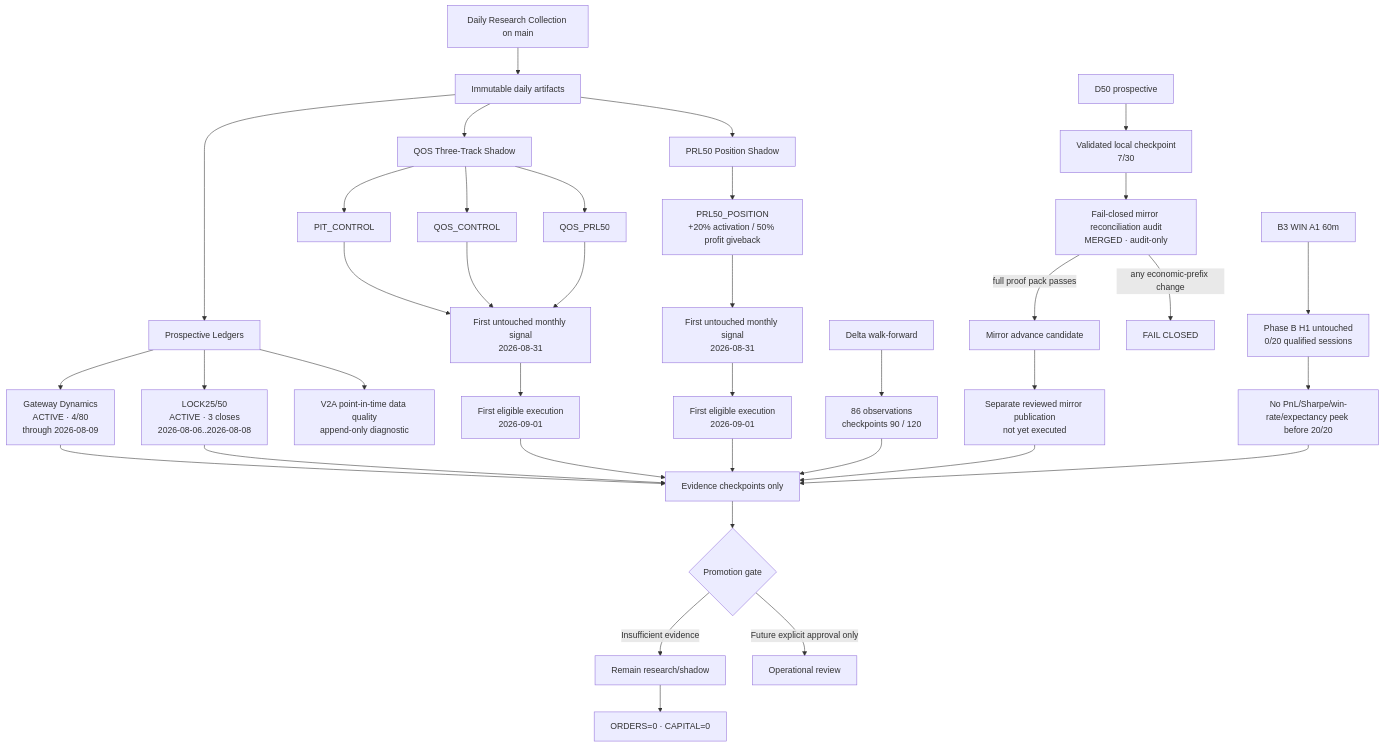
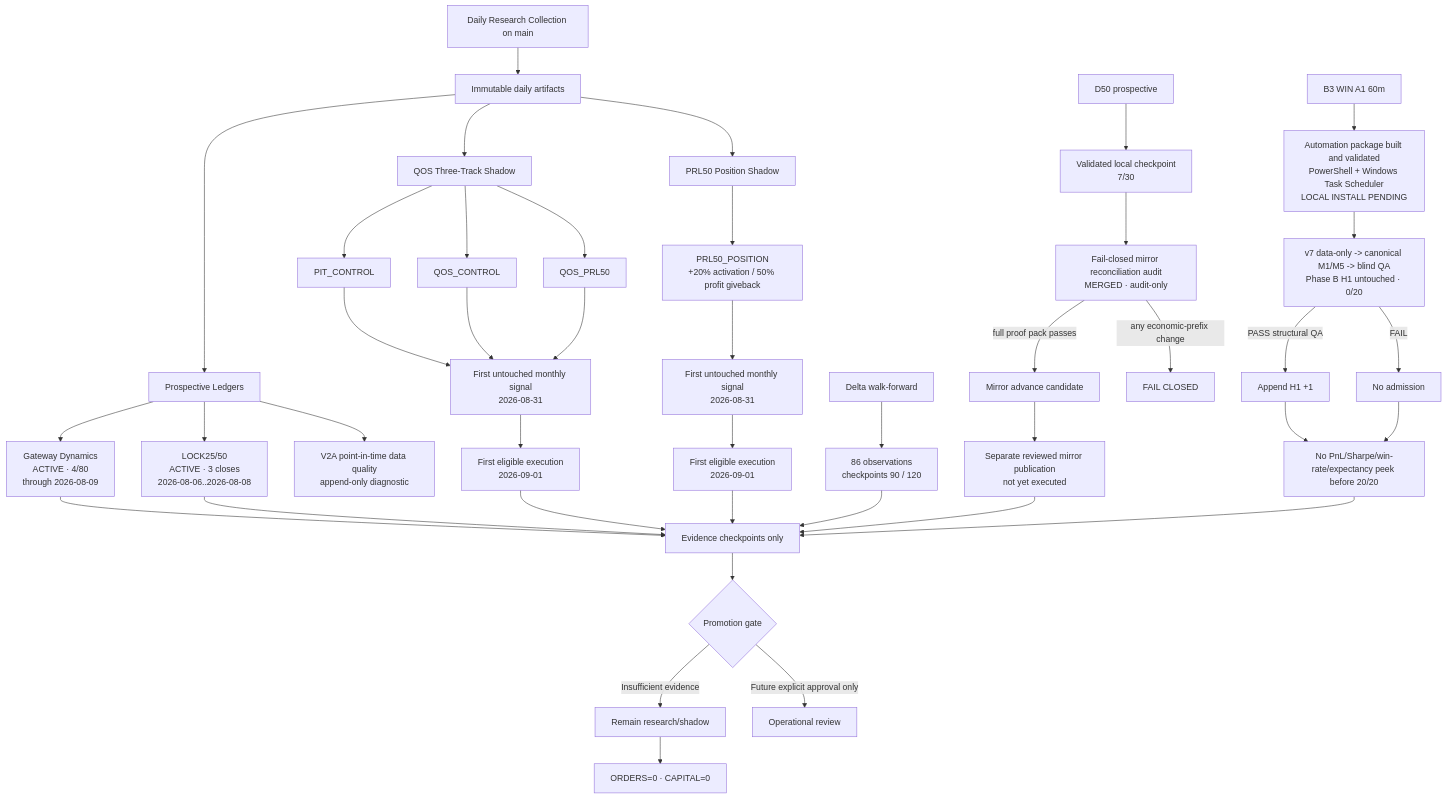
Before and after one commit to vmasardinha-coder/QRDS: the diagram in migration/GATE_BTC_SYSTEM_DIAGRAM_CURRENT.md, drawn with Mermaid. The commit also changed other lines of this file, not shown here.

Commit message:
Mark B3 Phase B automation package ready for local install

````diff
--- a/migration/GATE_BTC_SYSTEM_DIAGRAM_CURRENT.md
+++ b/migration/GATE_BTC_SYSTEM_DIAGRAM_CURRENT.md
@@ -7,48 +7,52 @@
 ```mermaid
 flowchart TD
     A[Daily Research Collection on main] --> B[Immutable daily artifacts]
     B --> C[Prospective Ledgers]
     B --> D[QOS Three-Track Shadow]
     B --> E[PRL50 Position Shadow]
 
     C --> C1[Gateway Dynamics\nACTIVE · 4/80\nthrough 2026-08-09]
     C --> C2[LOCK25/50\nACTIVE · 3 closes\n2026-08-06..2026-08-08]
     C --> C3[V2A point-in-time data quality\nappend-only diagnostic]
 
     D --> D1[PIT_CONTROL]
     D --> D2[QOS_CONTROL]
     D --> D3[QOS_PRL50]
     D1 --> D4[First untouched monthly signal\n2026-08-31]
     D2 --> D4
     D3 --> D4
     D4 --> D5[First eligible execution\n2026-09-01]
 
     E --> E1[PRL50_POSITION\n+20% activation / 50% profit giveback]
     E1 --> E2[First untouched monthly signal\n2026-08-31]
     E2 --> E3[First eligible execution\n2026-09-01]
 
     F[Delta walk-forward] --> F1[86 observations\ncheckpoints 90 / 120]
 
     G[D50 prospective] --> G1[Validated local checkpoint\n7/30]
     G1 --> G2[Fail-closed mirror reconciliation audit\nMERGED · audit-only]
     G2 -->|full proof pack passes| G3[Mirror advance candidate]
     G2 -->|any economic-prefix change| G4[FAIL CLOSED]
     G3 --> G5[Separate reviewed mirror publication\nnot yet executed]
 
-    H[B3 WIN A1 60m] --> H1[Phase B H1 untouched\n0/20 qualified sessions]
-    H1 --> H2[No PnL/Sharpe/win-rate/expectancy peek before 20/20]
+    H[B3 WIN A1 60m] --> H0[Automation package built and validated\nPowerShell + Windows Task Scheduler\nLOCAL INSTALL PENDING]
+    H0 --> H1[v7 data-only -> canonical M1/M5 -> blind QA\nPhase B H1 untouched · 0/20]
+    H1 -->|PASS structural QA| H3[Append H1 +1]
+    H1 -->|FAIL| H4[No admission]
+    H3 --> H2[No PnL/Sharpe/win-rate/expectancy peek before 20/20]
+    H4 --> H2
 
     C1 --> Z[Evidence checkpoints only]
     C2 --> Z
     D5 --> Z
     E3 --> Z
     F1 --> Z
     G5 --> Z
     H2 --> Z
 
     Z --> P{Promotion gate}
     P -->|Insufficient evidence| R[Remain research/shadow]
     P -->|Future explicit approval only| O[Operational review]
 
     R --> S[ORDERS=0 · CAPITAL=0]
 ```
````
